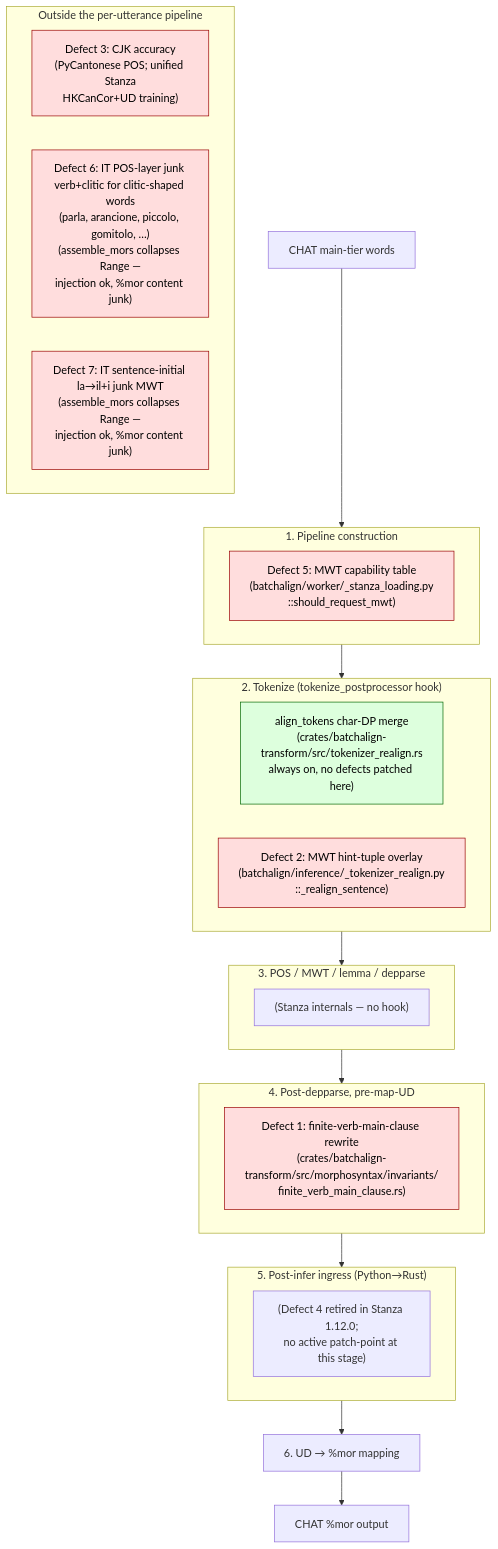
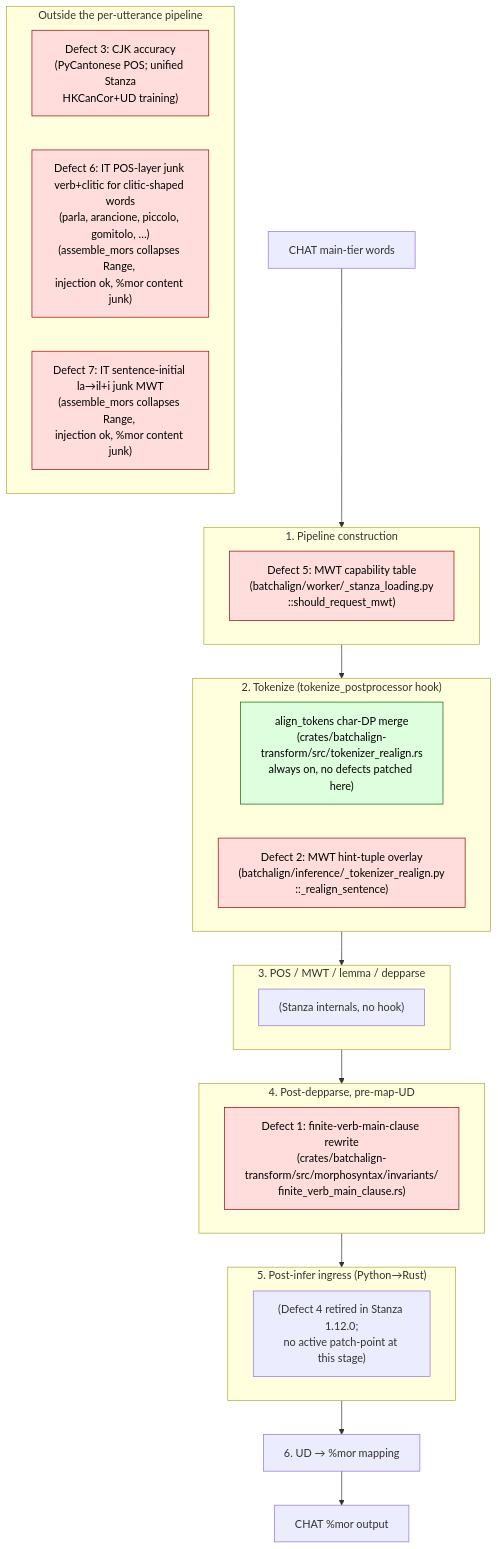
One commit to TalkBank/talkbank-tools changed the diagram in book/src/batchalign/architecture/stanza-defect-mitigation-map.md. Above: the diagram before and after it, drawn with Mermaid. The commit also changed other lines of this file and 706 other files, not shown here.

````diff
--- a/book/src/batchalign/architecture/stanza-defect-mitigation-map.md
+++ b/book/src/batchalign/architecture/stanza-defect-mitigation-map.md
@@ -22,47 +22,47 @@
 ```mermaid
 flowchart TD
     cha["CHAT main-tier words"] --> construct
 
     subgraph construct["1. Pipeline construction"]
         d5["Defect 5: MWT capability table\n(batchalign/worker/_stanza_loading.py\n::should_request_mwt)"]
     end
 
     construct --> tokenize
 
     subgraph tokenize["2. Tokenize (tokenize_postprocessor hook)"]
         dp["align_tokens char-DP merge\n(crates/batchalign-transform/src/tokenizer_realign.rs\nalways on, no defects patched here)"]
         d2["Defect 2: MWT hint-tuple overlay\n(batchalign/inference/_tokenizer_realign.py\n::_realign_sentence)"]
     end
 
     tokenize --> pos
 
     subgraph pos["3. POS / MWT / lemma / depparse"]
-        pos_note["(Stanza internals — no hook)"]
+        pos_note["(Stanza internals, no hook)"]
     end
 
     pos --> postdep
 
     subgraph postdep["4. Post-depparse, pre-map-UD"]
         d1["Defect 1: finite-verb-main-clause rewrite\n(crates/batchalign-transform/src/morphosyntax/invariants/\nfinite_verb_main_clause.rs)"]
     end
 
     postdep --> ingress
 
     subgraph ingress["5. Post-infer ingress (Python→Rust)"]
         ingress_note["(Defect 4 retired in Stanza 1.12.0;\nno active patch-point at this stage)"]
     end
 
     ingress --> mapud["6. UD → %mor mapping"]
     mapud --> chaout["CHAT %mor output"]
 
     subgraph outside["Outside the per-utterance pipeline"]
         d3["Defect 3: CJK accuracy\n(PyCantonese POS; unified Stanza\nHKCanCor+UD training)"]
-        d6["Defect 6: IT POS-layer junk verb+clitic for clitic-shaped words\n(parla, arancione, piccolo, gomitolo, …)\n(assemble_mors collapses Range —\ninjection ok, %mor content junk)"]
-        d7["Defect 7: IT sentence-initial la→il+i junk MWT\n(assemble_mors collapses Range —\ninjection ok, %mor content junk)"]
+        d6["Defect 6: IT POS-layer junk verb+clitic for clitic-shaped words\n(parla, arancione, piccolo, gomitolo, …)\n(assemble_mors collapses Range, \ninjection ok, %mor content junk)"]
+        d7["Defect 7: IT sentence-initial la→il+i junk MWT\n(assemble_mors collapses Range, \ninjection ok, %mor content junk)"]
     end
 
     classDef defect fill:#fdd,stroke:#900,color:#000
     classDef dp fill:#dfd,stroke:#060,color:#000
     class d1,d2,d3,d5,d6,d7 defect
     class dp dp
 ```
````
